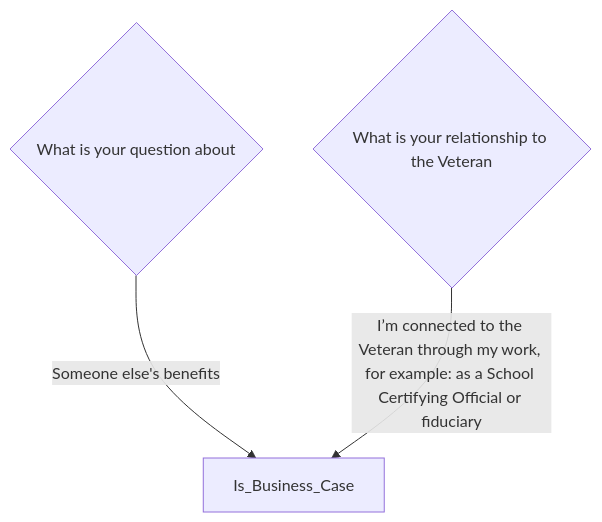
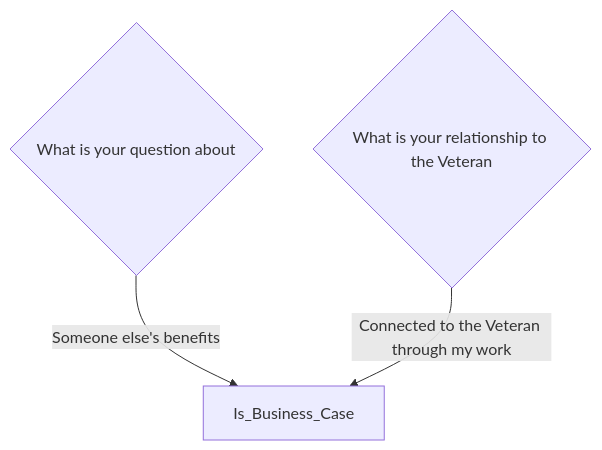
One commit to department-of-veterans-affairs/va.gov-team changed the fourth of 4 diagrams in products/ask-va/integration/va_profile/Profile_Processes.md. Above: the diagram before and after it, drawn with Mermaid.

Commit message:
added pre defined logic

````diff
--- a/products/ask-va/integration/va_profile/Profile_Processes.md
+++ b/products/ask-va/integration/va_profile/Profile_Processes.md
@@ -40,5 +40,5 @@
 ```mermaid
 flowchart TB
     question1{What is your question about}-->|Someone else's benefits|Is_Business_Case
-    question2{What is your relationship to the Veteran}-->|I’m connected to the Veteran through my work, for example: as a School Certifying Official or fiduciary|Is_Business_Case
+    question2{What is your relationship to the Veteran}-->|Connected to the Veteran through my work|Is_Business_Case
 ```
````
